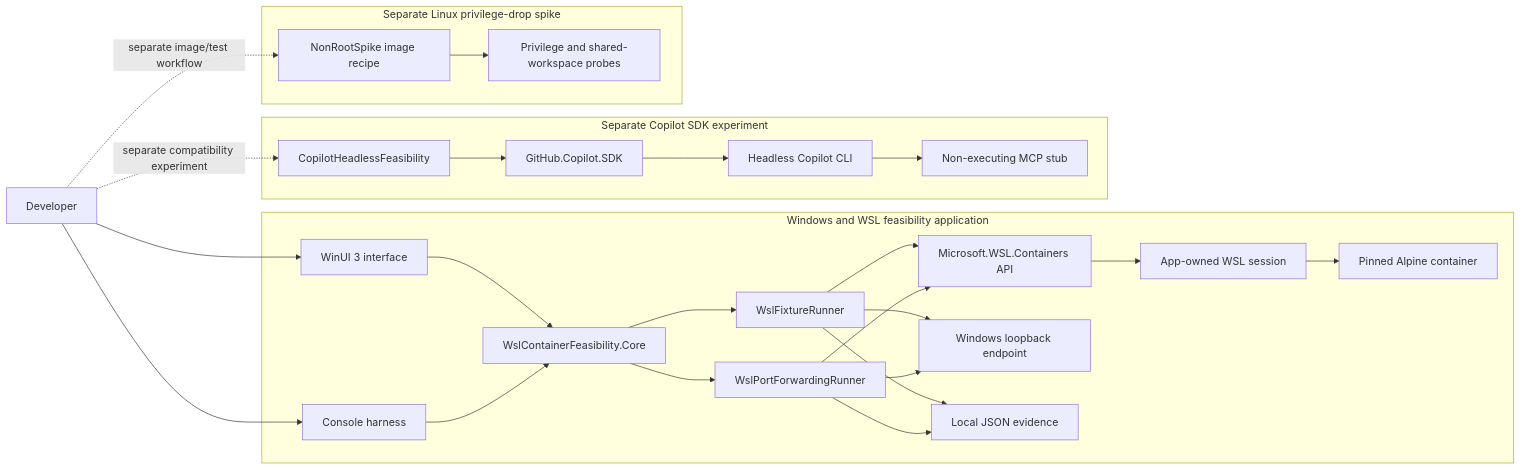
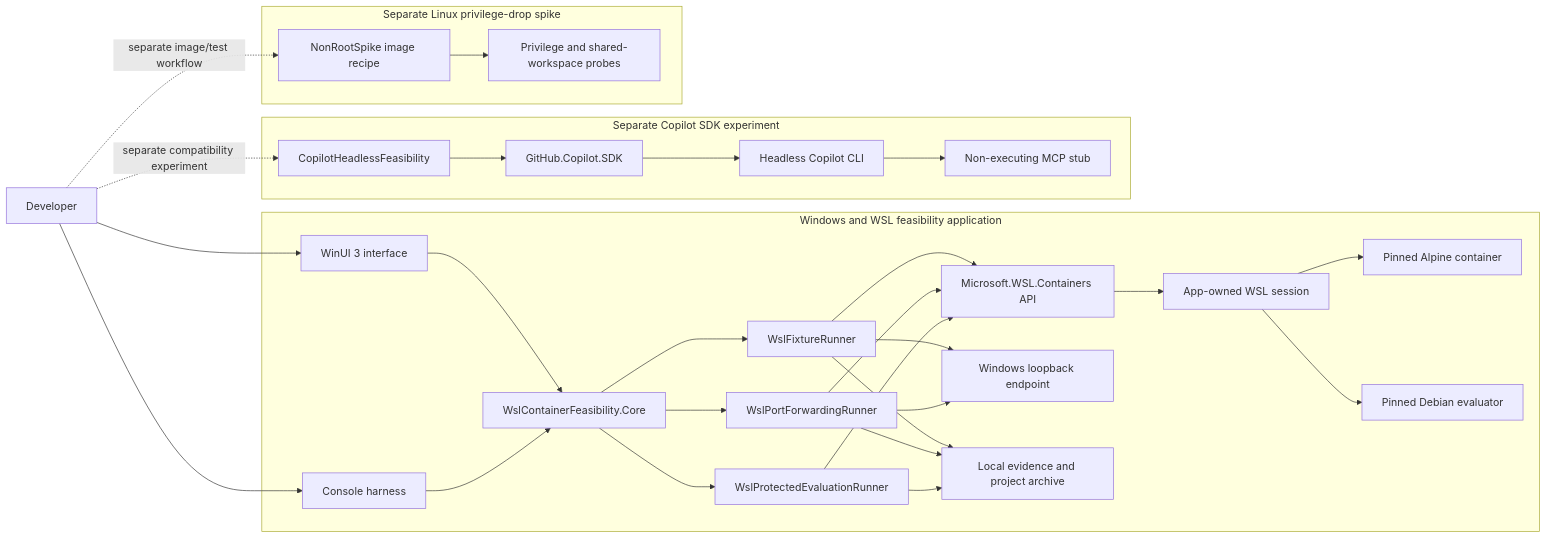
One commit to sifiadlene/compareModels changed the first of 2 diagrams in docs/project-overview.md. Above: the diagram before and after it, drawn with Mermaid. The commit also changed other lines of this file and 10 other files, not shown here.

Commit message:
Add protected Evaluation WSL spike

````diff
--- a/docs/project-overview.md
+++ b/docs/project-overview.md
@@ -41,51 +41,57 @@
 ```mermaid
 flowchart LR
     User[Developer]
 
     subgraph WSL[Windows and WSL feasibility application]
         UI[WinUI 3 interface]
         Console[Console harness]
         Core[WslContainerFeasibility.Core]
         Fixture[WslFixtureRunner]
         Forwarding[WslPortForwardingRunner]
+        Evaluation[WslProtectedEvaluationRunner]
         API[Microsoft.WSL.Containers API]
         Session[App-owned WSL session]
         Alpine[Pinned Alpine container]
+        Debian[Pinned Debian evaluator]
         HostProbe[Windows loopback endpoint]
-        Evidence[Local JSON evidence]
+        Evidence[Local evidence and project archive]
 
         UI --> Core
         Console --> Core
         Core --> Fixture
         Core --> Forwarding
+        Core --> Evaluation
         Fixture --> API
         Forwarding --> API
+        Evaluation --> API
         API --> Session
         Session --> Alpine
+        Session --> Debian
         Fixture --> HostProbe
         Forwarding --> HostProbe
         Fixture --> Evidence
         Forwarding --> Evidence
+        Evaluation --> Evidence
     end
 
     subgraph SDK[Separate Copilot SDK experiment]
         Headless[CopilotHeadlessFeasibility]
         SDKClient[GitHub.Copilot.SDK]
         CLI[Headless Copilot CLI]
         MCP[Non-executing MCP stub]
         Headless --> SDKClient
         SDKClient --> CLI
         CLI --> MCP
     end
 
     subgraph NonRoot[Separate Linux privilege-drop spike]
         Recipe[NonRootSpike image recipe]
         Checks[Privilege and shared-workspace probes]
         Recipe --> Checks
     end
 
     User --> UI
     User --> Console
     User -. separate compatibility experiment .-> Headless
     User -. separate image/test workflow .-> Recipe
 ```
````
